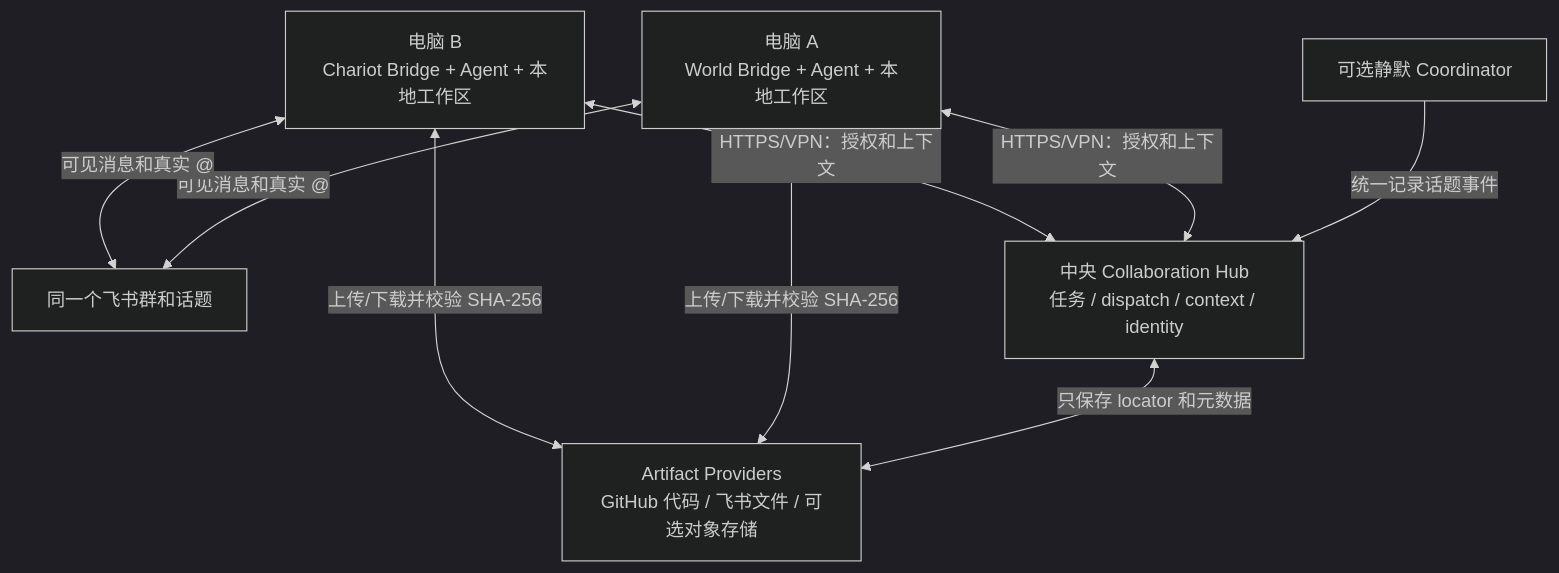
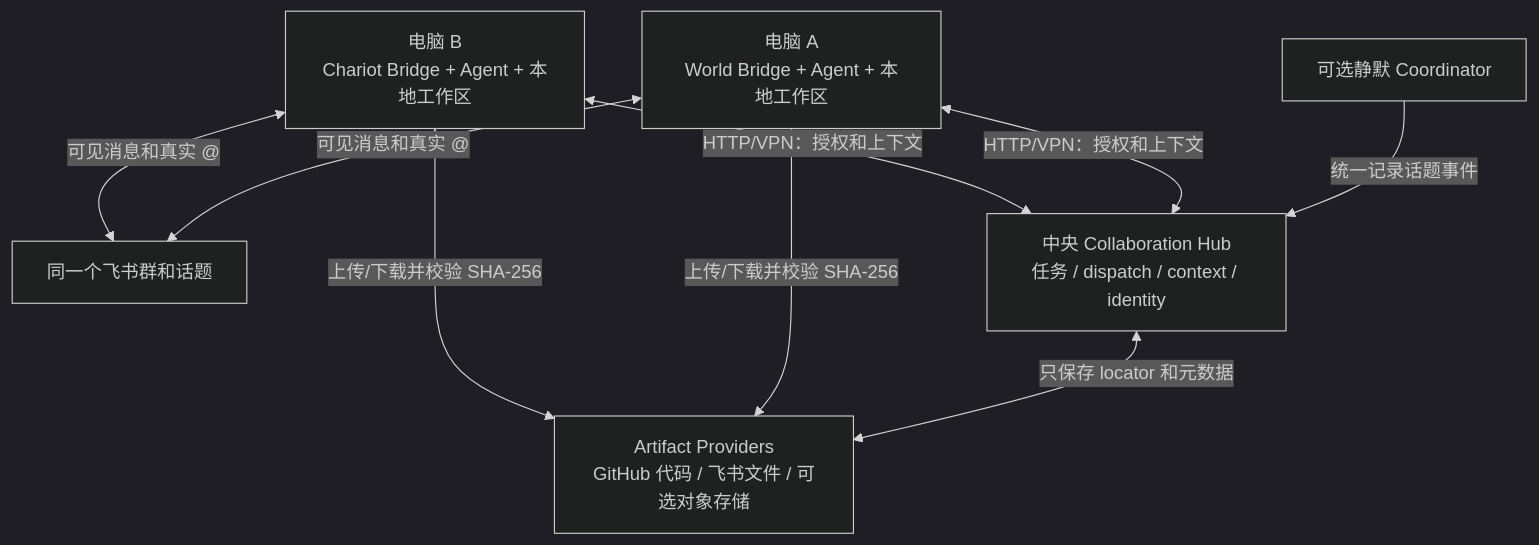
Before and after one commit to ZenHatesCoding/feishu-local-agent-bridge-windows: the diagram in docs/DISTRIBUTED_DEPLOYMENT_ROADMAP.zh-CN.md, drawn with Mermaid (dark theme). The commit also changed other lines of this file and 9 other files, not shown here.

First line of the commit message:
docs(design): realign design, concepts, roadmap, networking and vision with the code

````diff
--- a/docs/DISTRIBUTED_DEPLOYMENT_ROADMAP.zh-CN.md
+++ b/docs/DISTRIBUTED_DEPLOYMENT_ROADMAP.zh-CN.md
@@ -50,18 +54,18 @@
 ```mermaid
 flowchart TB
   F["同一个飞书群和话题"]
   H["中央 Collaboration Hub\n任务 / dispatch / context / identity"]
   S["Artifact Providers\nGitHub 代码 / 飞书文件 / 可选对象存储"]
   A["电脑 A\nWorld Bridge + Agent + 本地工作区"]
   B["电脑 B\nChariot Bridge + Agent + 本地工作区"]
   C["可选静默 Coordinator"]
 
   A <-->|"可见消息和真实 @"| F
   B <-->|"可见消息和真实 @"| F
   C -->|"统一记录话题事件"| H
-  A <-->|"HTTPS/VPN：授权和上下文"| H
-  B <-->|"HTTPS/VPN：授权和上下文"| H
+  A <-->|"HTTP/VPN：授权和上下文"| H
+  B <-->|"HTTP/VPN：授权和上下文"| H
   H <-->|"只保存 locator 和元数据"| S
   A <-->|"上传/下载并校验 SHA-256"| S
   B <-->|"上传/下载并校验 SHA-256"| S
 ```
````
